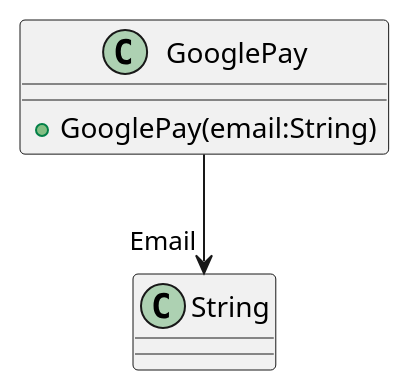
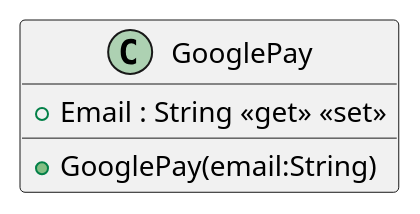
One commit to ISII2627LosElnes/ISII2627LosElnes changed the diagram in src/AppForSEII.API/ClassDiagram/GooglePay.puml. Above: the diagram before and after it, drawn with PlantUML. The commit also changed 12 other files, not shown here.

```diff
--- a/src/AppForSEII.API/ClassDiagram/GooglePay.puml
+++ b/src/AppForSEII.API/ClassDiagram/GooglePay.puml
@@ -1,6 +1,6 @@
 @startuml
 class GooglePay {
     + GooglePay(email:String)
+    + Email : String <<get>> <<set>>
 }
-GooglePay --> "Email" String
 @enduml
```
